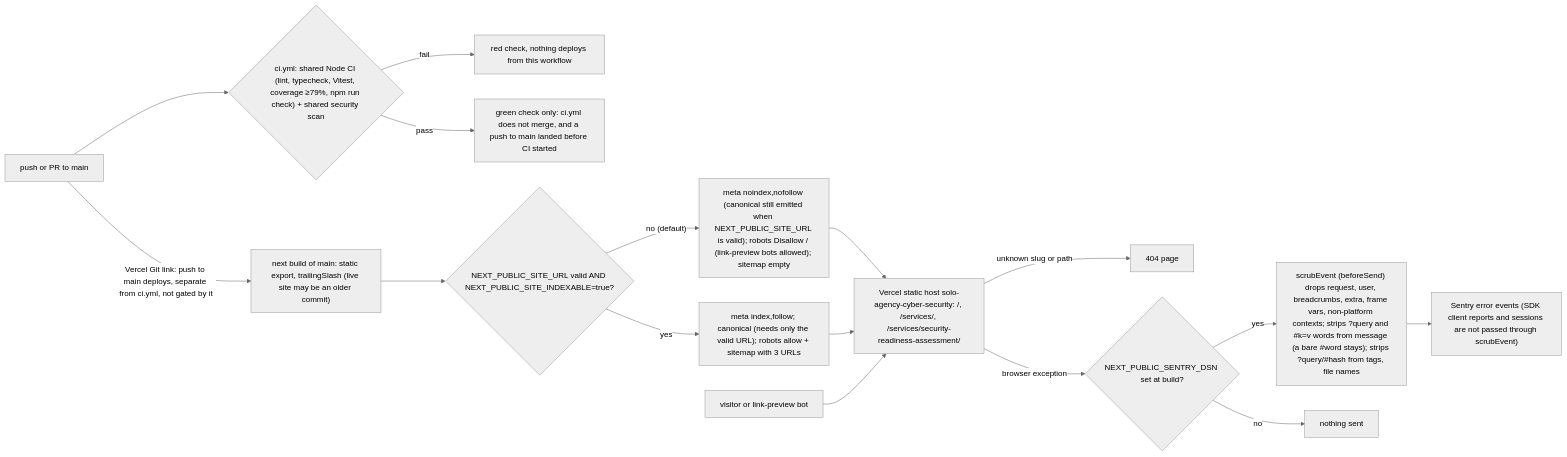
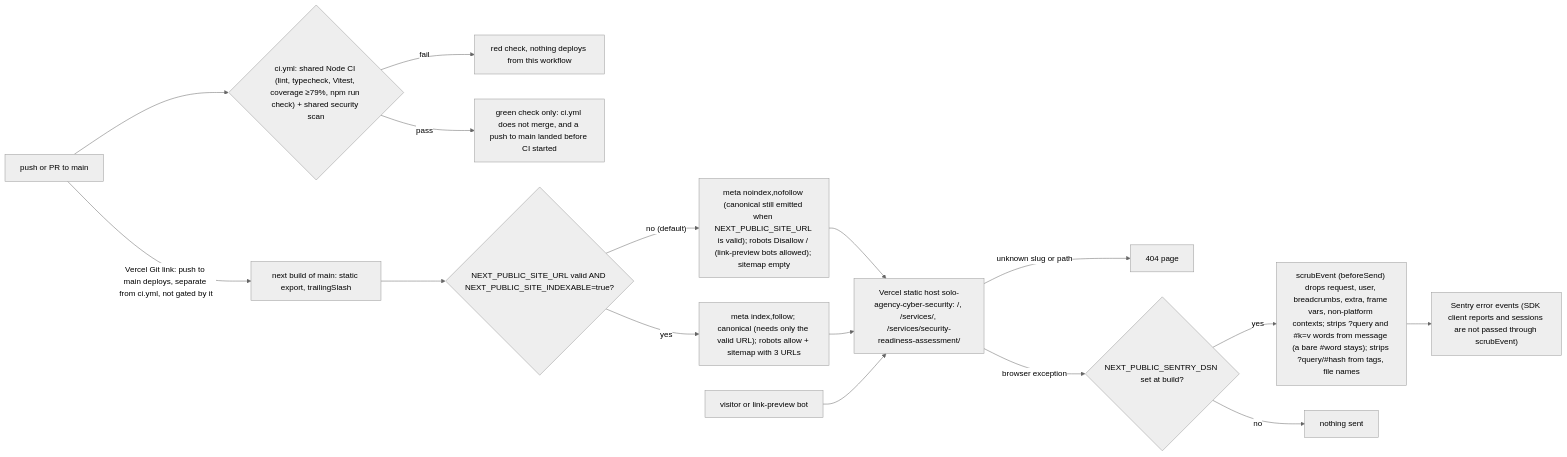
One commit to bookchaowalit-agency/agency-cyber-security-web changed the second of 2 diagrams in docs/diagrams/01-business-process.md. Above: the diagram before and after it, drawn with Mermaid (neutral theme). The commit also changed other lines of this file, not shown here.

Commit message:
docs: close Vercel Git link gap (D9), verified 2026-11-28

````diff
--- a/docs/diagrams/01-business-process.md
+++ b/docs/diagrams/01-business-process.md
@@ -41,17 +41,17 @@
 ```mermaid
 flowchart LR
   DEV["push or PR to main"] --> CI{"ci.yml: shared Node CI (lint, typecheck, Vitest, coverage ≥79%, npm run check) + shared security scan"}
   CI -->|fail| RED["red check, nothing deploys from this workflow"]
   CI -->|pass| GREEN["green check only: ci.yml does not merge, and a push to main landed before CI started"]
-  DEV -->|"Vercel Git link: push to main deploys, separate from ci.yml, not gated by it"| BUILD["next build of main: static export, trailingSlash (live site may be an older commit)"]
+  DEV -->|"Vercel Git link: push to main deploys, separate from ci.yml, not gated by it"| BUILD["next build of main: static export, trailingSlash"]
   BUILD --> GATE{"NEXT_PUBLIC_SITE_URL valid AND NEXT_PUBLIC_SITE_INDEXABLE=true?"}
   GATE -->|"no (default)"| NOIDX["meta noindex,nofollow (canonical still emitted when NEXT_PUBLIC_SITE_URL is valid); robots Disallow / (link-preview bots allowed); sitemap empty"]
   GATE -->|yes| IDX["meta index,follow; canonical (needs only the valid URL); robots allow + sitemap with 3 URLs"]
   NOIDX --> SITE["Vercel static host solo-agency-cyber-security: /, /services/, /services/security-readiness-assessment/"]
   IDX --> SITE
   VIS["visitor or link-preview bot"] --> SITE
   SITE -->|"unknown slug or path"| NF["404 page"]
   SITE -->|"browser exception"| DSN{"NEXT_PUBLIC_SENTRY_DSN set at build?"}
   DSN -->|yes| SCRUB["scrubEvent (beforeSend) drops request, user, breadcrumbs, extra, frame vars, non-platform contexts; strips ?query and #k=v words from message (a bare #word stays); strips ?query/#hash from tags, file names"] --> SENTRY["Sentry error events (SDK client reports and sessions are not passed through scrubEvent)"]
   DSN -->|no| NONE["nothing sent"]
 ```
````
